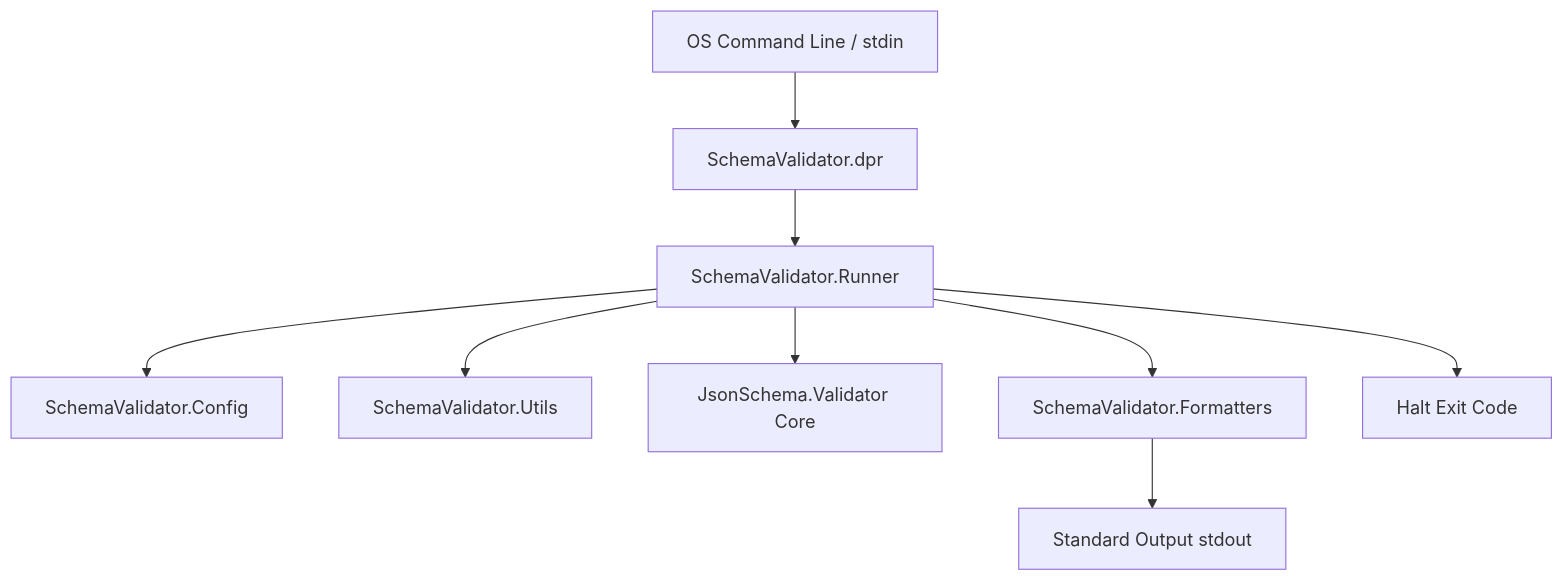
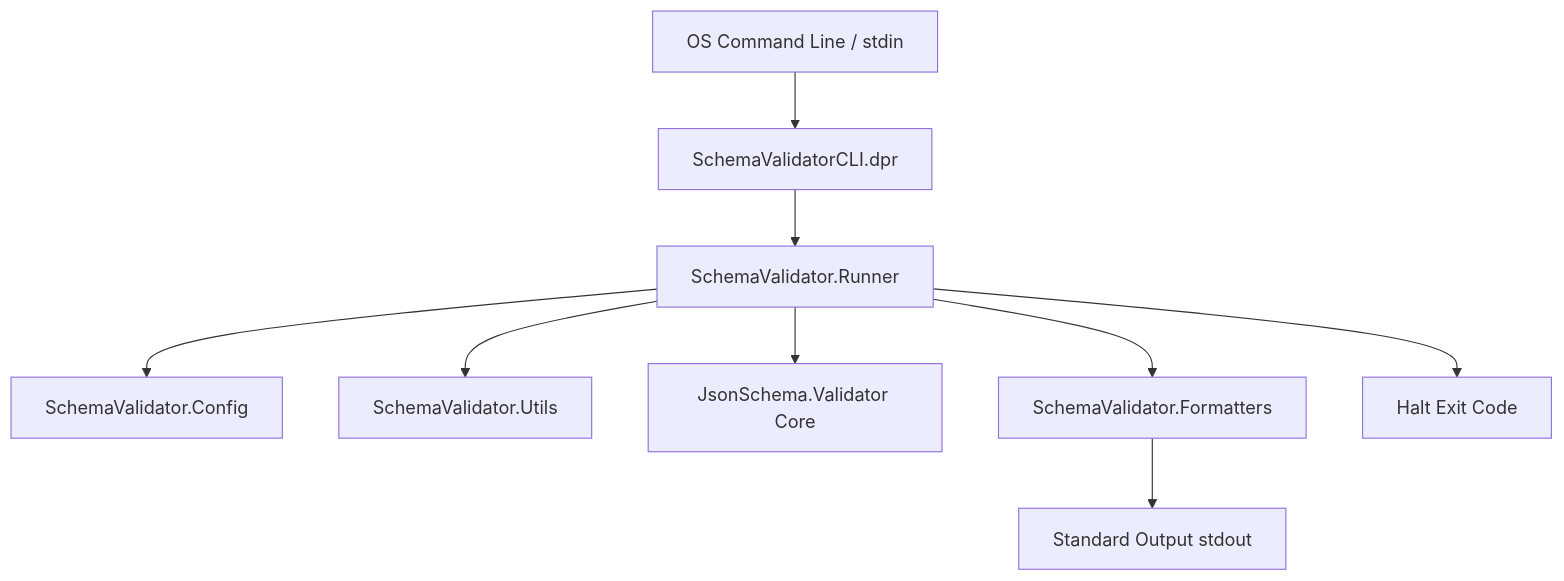
One commit to weslleycapelari/JsonSchema changed the diagram in tools/SchemaValidator/docs/architecture/architecture.md. Above: the diagram before and after it, drawn with Mermaid. The commit also changed other lines of this file and 24 other files, not shown here.

````diff
--- a/tools/SchemaValidator/docs/architecture/architecture.md
+++ b/tools/SchemaValidator/docs/architecture/architecture.md
@@ -11,11 +11,11 @@
 ```mermaid
 flowchart TD
-    A[OS Command Line / stdin] --> B[SchemaValidator.dpr]
+    A[OS Command Line / stdin] --> B[SchemaValidatorCLI.dpr]
     B --> C[SchemaValidator.Runner]
     C --> D[SchemaValidator.Config]
     C --> E[SchemaValidator.Utils]
     C --> F[JsonSchema.Validator Core]
     C --> G[SchemaValidator.Formatters]
     G --> H[Standard Output stdout]
     C --> I[Halt Exit Code]
 ```
````
